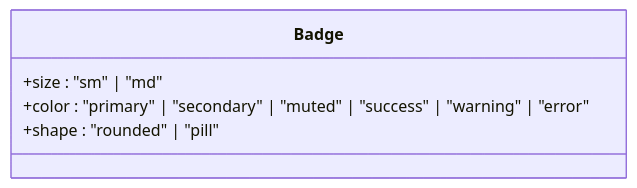
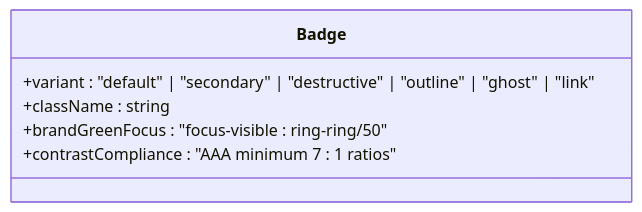
One commit to userisaziz/samaa-ai changed the ninth of 18 diagrams in .qoder/repowiki/en/content/Frontend Application/UI Component Library & Design System.md. Above: the diagram before and after it, drawn with Mermaid. The commit also changed other lines of this file and 108 other files, not shown here.

````diff
--- a/.qoder/repowiki/en/content/Frontend Application/UI Component Library & Design System.md
+++ b/.qoder/repowiki/en/content/Frontend Application/UI Component Library & Design System.md
@@ -383,8 +625,9 @@
 ```mermaid
 classDiagram
 class Badge {
-+size : "sm" | "md"
-+color : "primary" | "secondary" | "muted" | "success" | "warning" | "error"
-+shape : "rounded" | "pill"
++variant : "default" | "secondary" | "destructive" | "outline" | "ghost" | "link"
++className : string
++brandGreenFocus : "focus-visible : ring-ring/50"
++contrastCompliance : "AAA minimum 7 : 1 ratios"
 }
 ```
````
